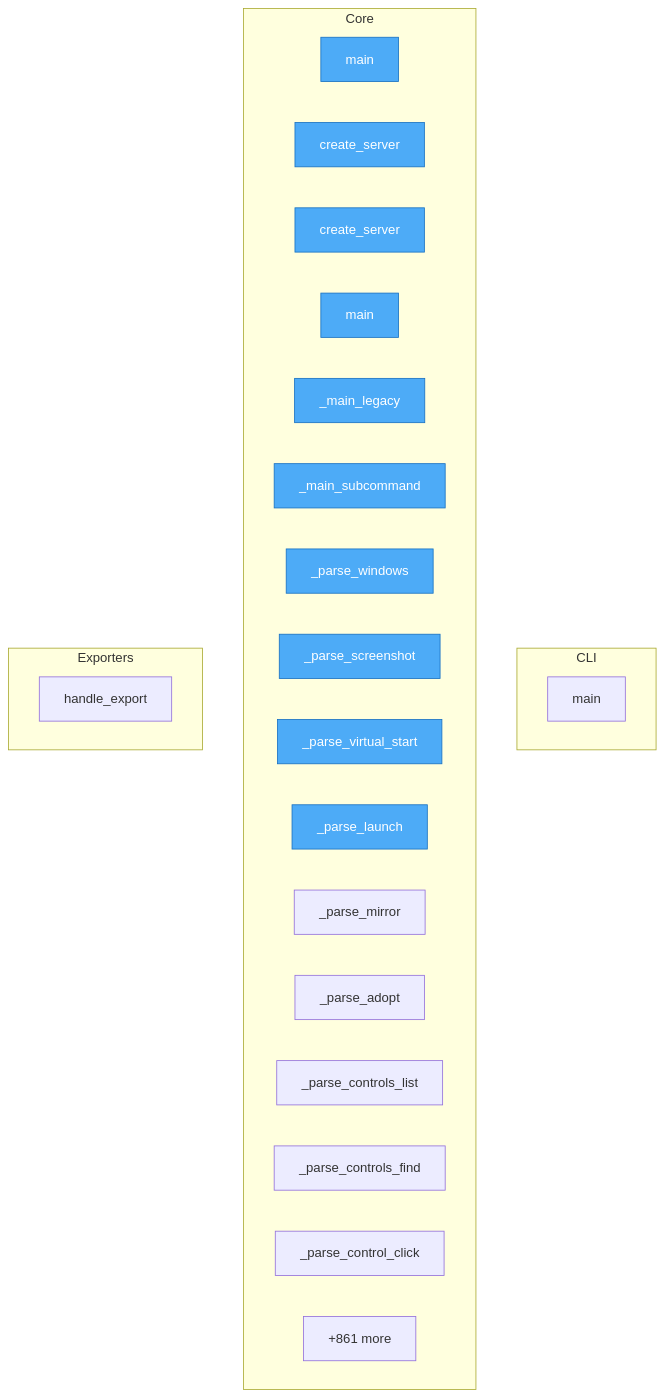
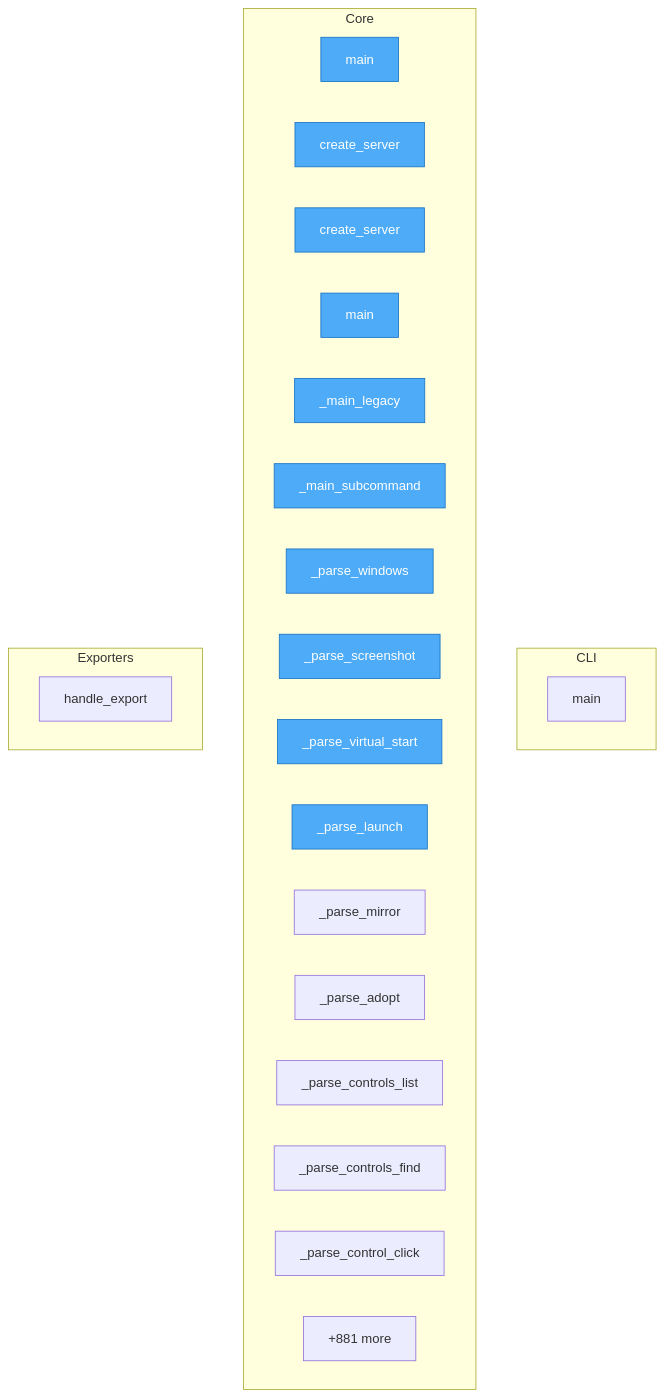
The diagram in project/flow.mmd (wronai/vdisplay), drawn with Mermaid before and after one commit. The commit also changed 52 other files, not shown here.

```diff
--- a/project/flow.mmd
+++ b/project/flow.mmd
@@ -1,34 +1,34 @@
 flowchart TD
-%% generated in 0.13s
+%% generated in 0.10s
 
     %% Entry points (blue)
     classDef entry fill:#4dabf7,stroke:#1971c2,color:#fff
 
     subgraph CLI
         packages__cli2vdisplay__src__cli2vdisplay__cli__main["main"]
     end
 
     subgraph Core
         packages__mcp2vdisplay__src__mcp2vdisplay__cli__main["main"]
         packages__mcp2vdisplay__src__mcp2vdisplay__cli__create_server["create_server"]
         packages__mcp2vdisplay__src__mcp2vdisplay__server__create_server["create_server"]
         packages__dsl2vdisplay__src__dsl2vdisplay__cli__main["main"]
         packages__dsl2vdisplay__src__dsl2vdisplay__cli___main_legacy["_main_legacy"]
         packages__dsl2vdisplay__src__dsl2vdisplay__cli___main_subcommand["_main_subcommand"]
         packages__dsl2vdisplay__src__dsl2vdisplay__grammar___parse_windows["_parse_windows"]
         packages__dsl2vdisplay__src__dsl2vdisplay__grammar___parse_screenshot["_parse_screenshot"]
         packages__dsl2vdisplay__src__dsl2vdisplay__grammar___parse_virtual_start["_parse_virtual_start"]
         packages__dsl2vdisplay__src__dsl2vdisplay__grammar___parse_launch["_parse_launch"]
         packages__dsl2vdisplay__src__dsl2vdisplay__grammar___parse_mirror["_parse_mirror"]
         packages__dsl2vdisplay__src__dsl2vdisplay__grammar___parse_adopt["_parse_adopt"]
         packages__dsl2vdisplay__src__dsl2vdisplay__grammar___parse_controls_list["_parse_controls_list"]
         packages__dsl2vdisplay__src__dsl2vdisplay__grammar___parse_controls_find["_parse_controls_find"]
         packages__dsl2vdisplay__src__dsl2vdisplay__grammar___parse_control_click["_parse_control_click"]
-        ...["+861 more"]
+        ...["+881 more"]
     end
 
     subgraph Exporters
         src__vdisplay__commands__session__handle_export["handle_export"]
     end
 
     class packages__mcp2vdisplay__src__mcp2vdisplay__cli__main,packages__mcp2vdisplay__src__mcp2vdisplay__cli__create_server,packages__mcp2vdisplay__src__mcp2vdisplay__server__create_server,packages__dsl2vdisplay__src__dsl2vdisplay__cli__main,packages__dsl2vdisplay__src__dsl2vdisplay__cli___main_legacy,packages__dsl2vdisplay__src__dsl2vdisplay__cli___main_subcommand,packages__dsl2vdisplay__src__dsl2vdisplay__grammar___parse_windows,packages__dsl2vdisplay__src__dsl2vdisplay__grammar___parse_screenshot,packages__dsl2vdisplay__src__dsl2vdisplay__grammar___parse_virtual_start,packages__dsl2vdisplay__src__dsl2vdisplay__grammar___parse_launch entry
```
